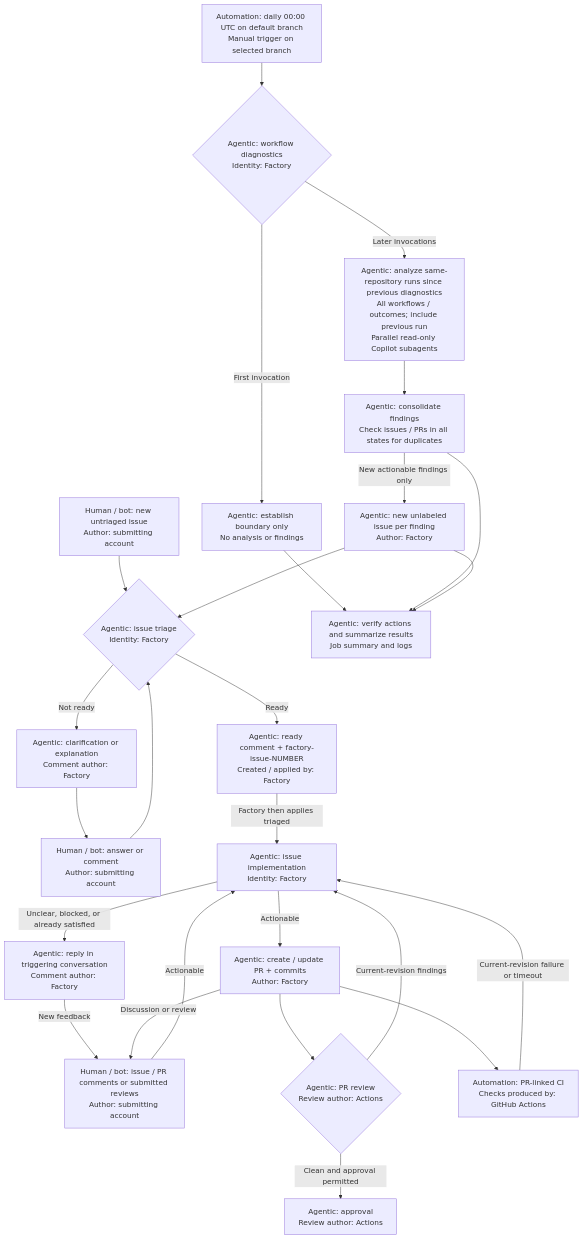
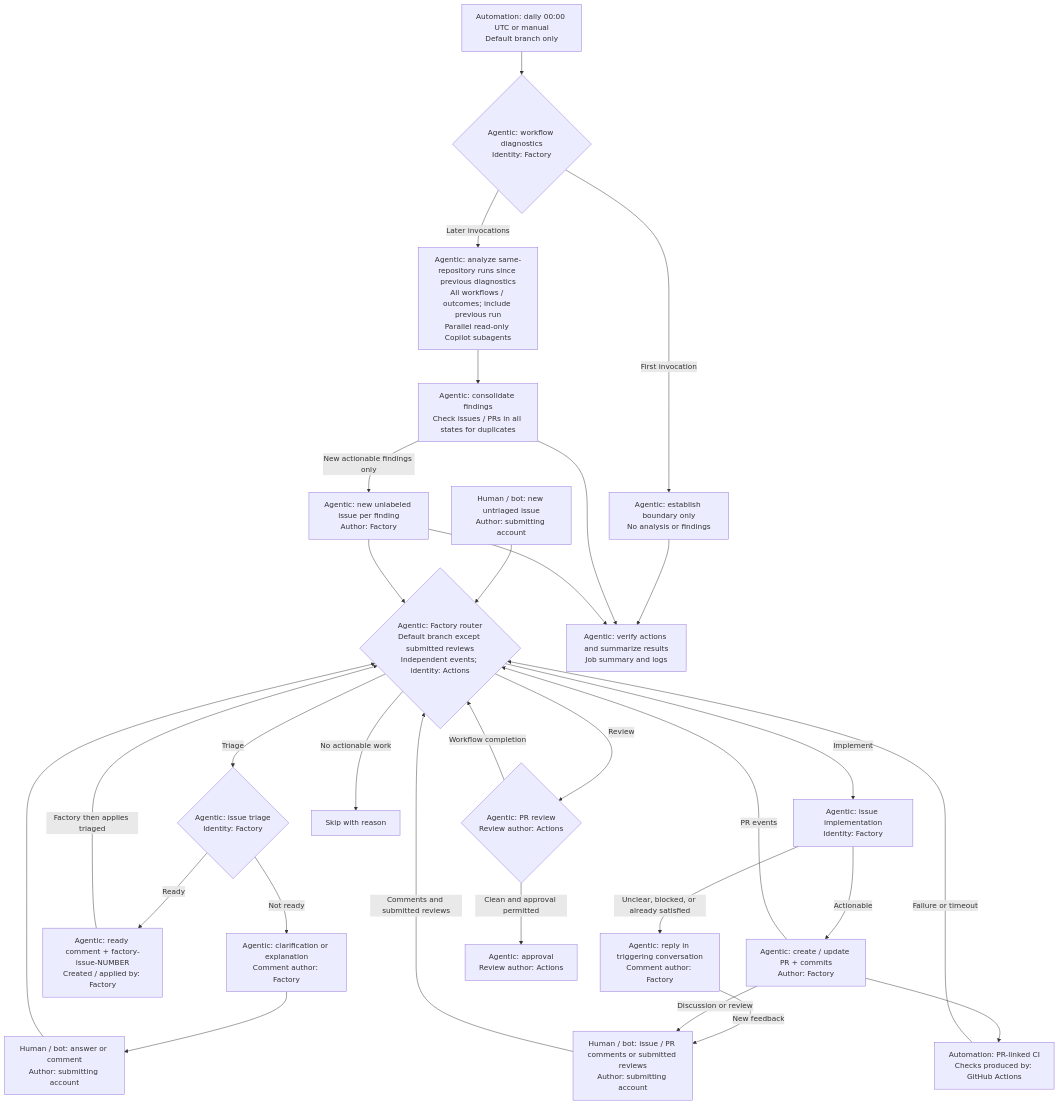
Before and after one commit to VasiliyNovikov/Factory: the diagram in README.md, drawn with Mermaid. The commit also changed other lines of this file and 13 other files, not shown here.

Commit message:
Add central AI routing for default-branch workers (#41)

````diff
--- a/README.md
+++ b/README.md
@@ -22,29 +29,33 @@
 ```mermaid
 flowchart TD
-    issue["Human / bot: new untriaged issue<br/>Author: submitting account"] --> triage{"Agentic: issue triage<br/>Identity: Factory"}
+    issue["Human / bot: new untriaged issue<br/>Author: submitting account"] --> router{"Agentic: Factory router<br/>Default branch except submitted reviews<br/>Independent events; identity: Actions"}
+    router -->|Triage| triage{"Agentic: issue triage<br/>Identity: Factory"}
+    router -->|Implement| implementation["Agentic: issue implementation<br/>Identity: Factory"]
+    router -->|Review| review{"Agentic: PR review<br/>Review author: Actions"}
+    router -->|No actionable work| skip["Skip with reason"]
     triage -->|Not ready| clarification["Agentic: clarification or explanation<br/>Comment author: Factory"]
     clarification --> answer["Human / bot: answer or comment<br/>Author: submitting account"]
-    answer --> triage
+    answer --> router
     triage -->|Ready| tracking["Agentic: ready comment + factory-issue-NUMBER<br/>Created / applied by: Factory"]
-    tracking -->|Factory then applies triaged| implementation["Agentic: issue implementation<br/>Identity: Factory"]
+    tracking -->|Factory then applies triaged| router
     implementation -->|Actionable| pr["Agentic: create / update PR + commits<br/>Author: Factory"]
     implementation -->|Unclear, blocked, or already satisfied| reply["Agentic: reply in triggering conversation<br/>Comment author: Factory"]
     reply -->|New feedback| feedback["Human / bot: issue / PR comments or submitted reviews<br/>Author: submitting account"]
-    feedback -->|Actionable| implementation
-    pr --> review{"Agentic: PR review<br/>Review author: Actions"}
-    review -->|Current-revision findings| implementation
+    feedback -->|Comments and submitted reviews| router
+    pr -->|PR events| router
+    review -->|Workflow completion| router
     review -->|Clean and approval permitted| approval["Agentic: approval<br/>Review author: Actions"]
     pr --> ci["Automation: PR-linked CI<br/>Checks produced by: GitHub Actions"]
     pr -->|Discussion or review| feedback
-    ci -->|Current-revision failure or timeout| implementation
+    ci -->|Failure or timeout| router
 
-    diagnosticsTrigger["Automation: daily 00:00 UTC on default branch<br/>Manual trigger on selected branch"] --> diagnostics{"Agentic: workflow diagnostics<br/>Identity: Factory"}
+    diagnosticsTrigger["Automation: daily 00:00 UTC or manual<br/>Default branch only"] --> diagnostics{"Agentic: workflow diagnostics<br/>Identity: Factory"}
     diagnostics -->|First invocation| boundary["Agentic: establish boundary only<br/>No analysis or findings"]
     diagnostics -->|Later invocations| workflowAnalysis["Agentic: analyze same-repository runs since previous diagnostics<br/>All workflows / outcomes; include previous run<br/>Parallel read-only Copilot subagents"]
     workflowAnalysis --> findings["Agentic: consolidate findings<br/>Check issues / PRs in all states for duplicates"]
     findings -->|New actionable findings only| diagnosticsIssue["Agentic: new unlabeled issue per finding<br/>Author: Factory"]
-    diagnosticsIssue --> triage
+    diagnosticsIssue --> router
     boundary --> diagnosticsSummary["Agentic: verify actions and summarize results<br/>Job summary and logs"]
     findings --> diagnosticsSummary
     diagnosticsIssue --> diagnosticsSummary
 ```
````
